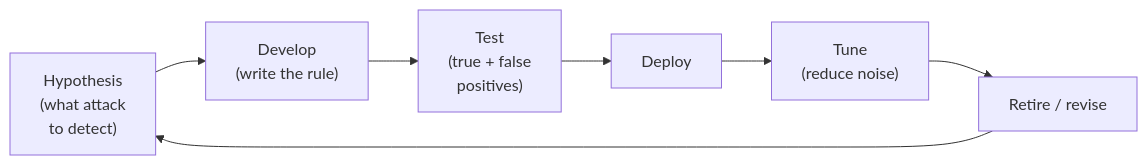
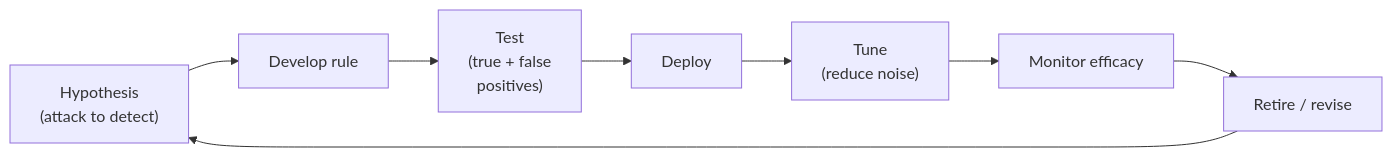
One commit to AndrewAltimit/Documentation changed the third of 4 diagrams in github-pages/docs/technology/cybersecurity/security-operations.md. Above: the diagram before and after it, drawn with Mermaid. The commit also changed other lines of this file and 240 other files, not shown here.

````diff
--- a/github-pages/docs/technology/cybersecurity/security-operations.md
+++ b/github-pages/docs/technology/cybersecurity/security-operations.md
@@ -132,9 +141,10 @@
 ```mermaid
 flowchart LR
-    H["Hypothesis<br/>(what attack<br/>to detect)"] --> D["Develop<br/>(write the rule)"]
+    H["Hypothesis<br/>(attack to detect)"] --> D["Develop rule"]
     D --> T["Test<br/>(true + false<br/>positives)"]
     T --> Dep["Deploy"]
     Dep --> Tu["Tune<br/>(reduce noise)"]
-    Tu --> R["Retire / revise"]
+    Tu --> M["Monitor efficacy"]
+    M --> R["Retire / revise"]
     R --> H
 ```
````
